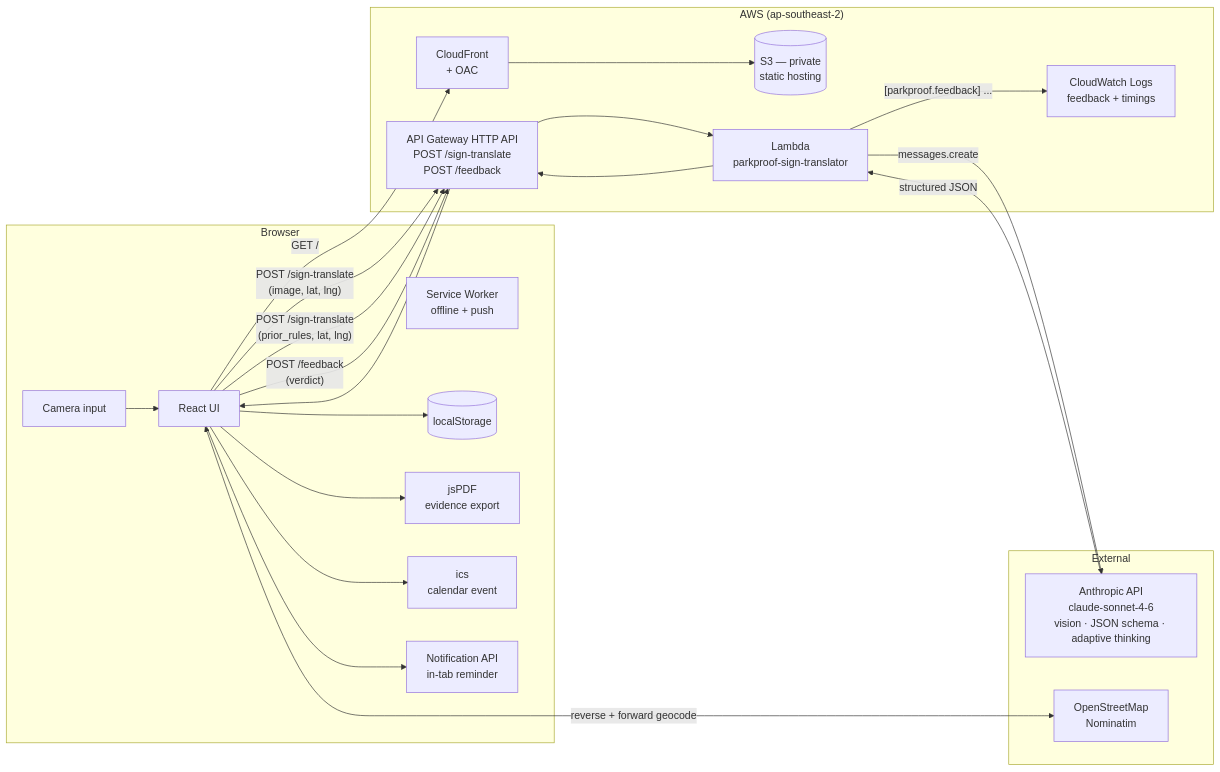
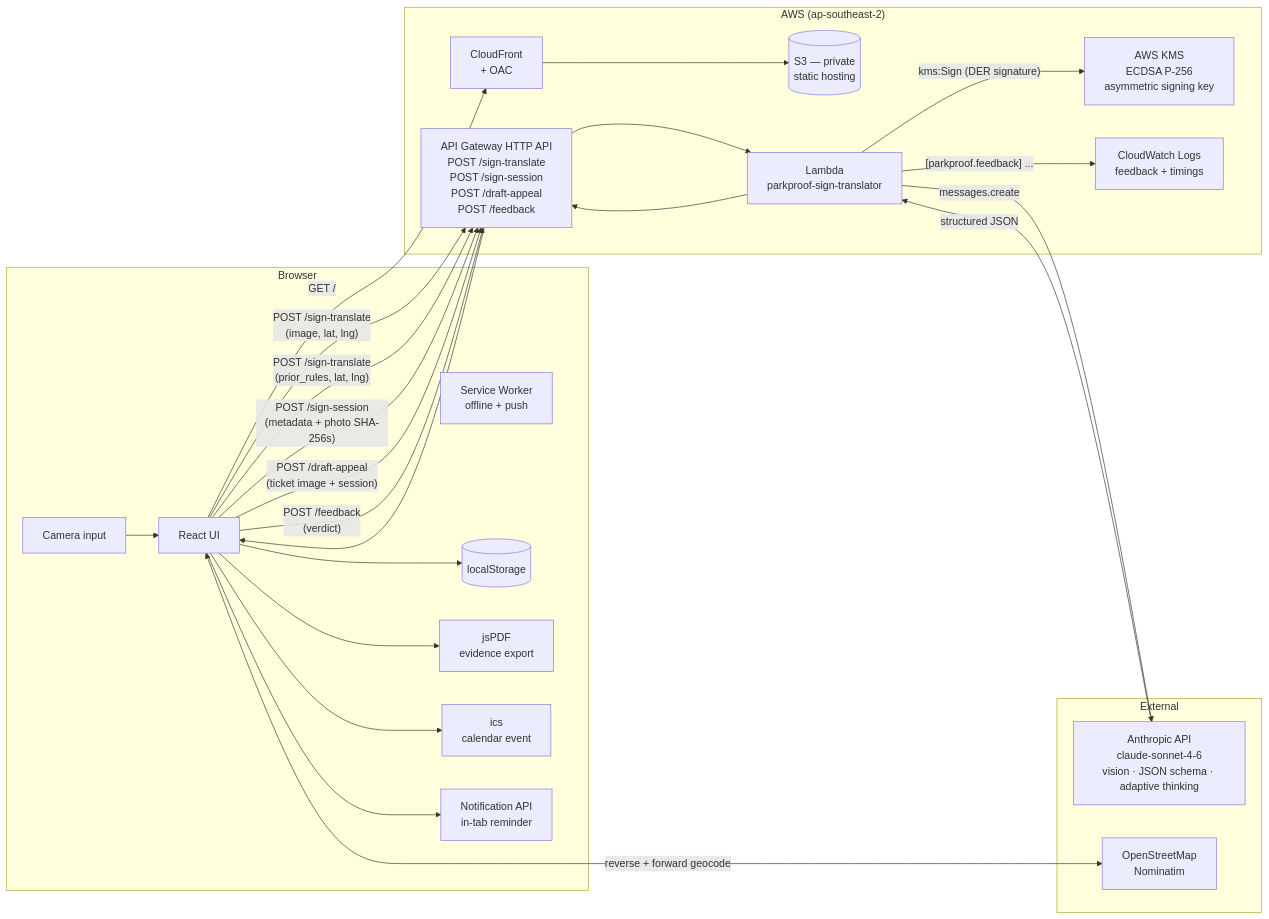
The diagram in README.md (melroyds/parkproof), drawn with Mermaid before and after one commit. The commit also changed other lines of this file, not shown here.

````diff
--- a/README.md
+++ b/README.md
@@ -70,39 +79,43 @@
 ```mermaid
 flowchart LR
   subgraph Browser
     Cam[Camera input]
     UI[React UI]
     SW[Service Worker<br/>offline + push]
     LS[(localStorage)]
     PDF[jsPDF<br/>evidence export]
     ICS[ics<br/>calendar event]
     Notif[Notification API<br/>in-tab reminder]
   end
 
   subgraph AWS["AWS (ap-southeast-2)"]
     CF[CloudFront<br/>+ OAC]
     S3[(S3 — private<br/>static hosting)]
-    APIGW[API Gateway HTTP API<br/>POST /sign-translate<br/>POST /feedback]
+    APIGW[API Gateway HTTP API<br/>POST /sign-translate<br/>POST /sign-session<br/>POST /draft-appeal<br/>POST /feedback]
     Lambda[Lambda<br/>parkproof-sign-translator]
+    KMS[AWS KMS<br/>ECDSA P-256<br/>asymmetric signing key]
     Logs[CloudWatch Logs<br/>feedback + timings]
   end
 
   subgraph External
     Claude[Anthropic API<br/>claude-sonnet-4-6<br/>vision · JSON schema · adaptive thinking]
     Nom[OpenStreetMap<br/>Nominatim]
   end
 
   Cam --> UI
   UI -- "GET /" --> CF --> S3
   UI -- "POST /sign-translate<br/>(image, lat, lng)" --> APIGW --> Lambda
   UI -- "POST /sign-translate<br/>(prior_rules, lat, lng)" --> APIGW
+  UI -- "POST /sign-session<br/>(metadata + photo SHA-256s)" --> APIGW
+  UI -- "POST /draft-appeal<br/>(ticket image + session)" --> APIGW
   UI -- "POST /feedback<br/>(verdict)" --> APIGW
   Lambda -- "messages.create" --> Claude
   Claude -- "structured JSON" --> Lambda --> APIGW --> UI
+  Lambda -- "kms:Sign (DER signature)" --> KMS
   Lambda -- "[parkproof.feedback] ..." --> Logs
   UI <-- "reverse + forward geocode" --> Nom
   UI --> LS
   UI --> PDF
   UI --> ICS
   UI --> Notif
 ```
````
